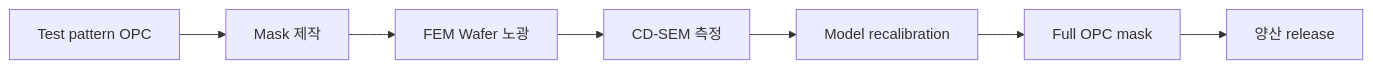
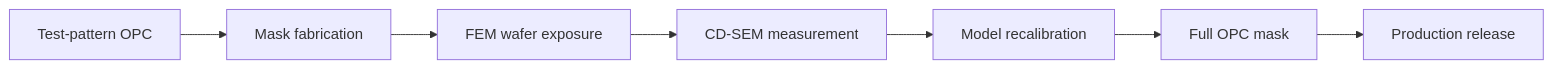
The third of 3 diagrams in docs/04-control-ai/photo-opc.md (btjeon/sic-wiki), drawn with Mermaid before and after one commit. The commit also changed other lines of this file and 9 other files, not shown here.

````diff
--- a/docs/04-control-ai/photo-opc.md
+++ b/docs/04-control-ai/photo-opc.md
@@ -74,9 +78,9 @@
 ```mermaid
 flowchart LR
-    A[Test pattern OPC] --> B[Mask 제작]
-    B --> C[FEM Wafer 노광]
-    C --> D[CD-SEM 측정]
+    A[Test-pattern OPC] --> B[Mask fabrication]
+    B --> C[FEM wafer exposure]
+    C --> D[CD-SEM measurement]
     D --> E[Model recalibration]
     E --> F[Full OPC mask]
-    F --> G[양산 release]
+    F --> G[Production release]
 ```
````
